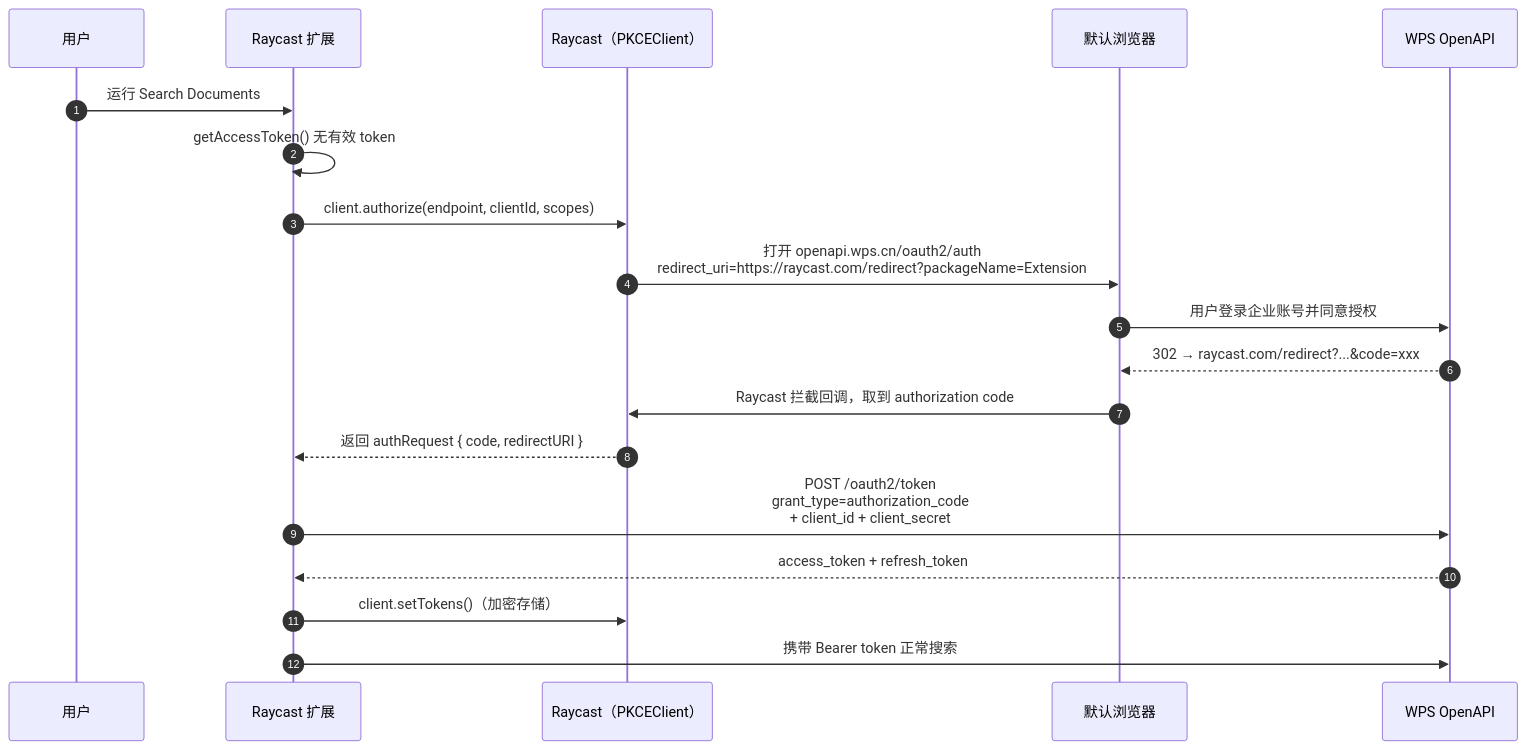
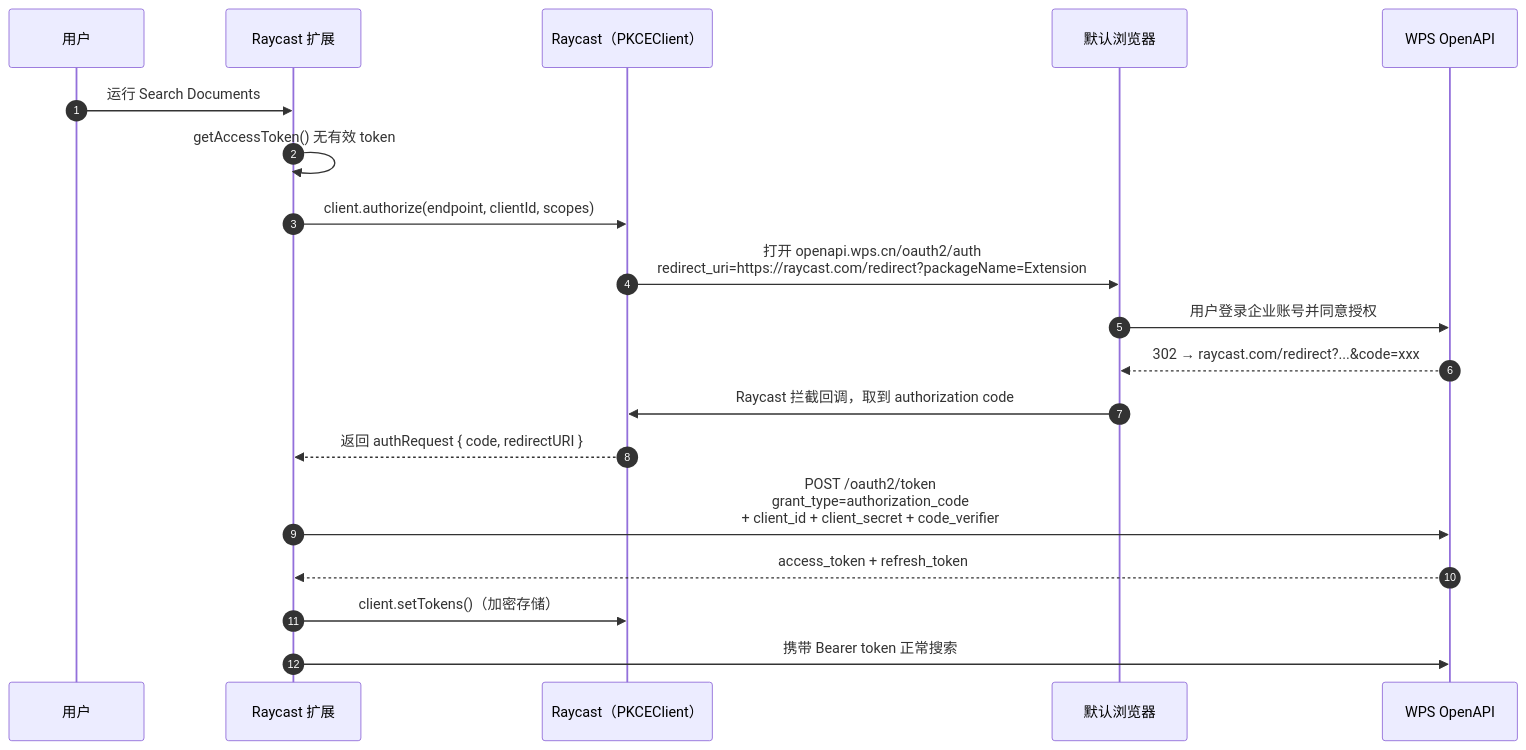
Before and after one commit to wzqwtt/wps-raycast: the first of 2 diagrams in docs/auth-design.md, drawn with Mermaid. The commit also changed other lines of this file, not shown here.

Commit message:
docs: 鉴权文档补充 PKCE code_verifier 踩坑记录

````diff
--- a/docs/auth-design.md
+++ b/docs/auth-design.md
@@ -26,22 +26,22 @@
 ```mermaid
 sequenceDiagram
     autonumber
     participant U as 用户
     participant E as Raycast 扩展
     participant RC as Raycast（PKCEClient）
     participant B as 默认浏览器
     participant W as WPS OpenAPI
 
     U->>E: 运行 Search Documents
     E->>E: getAccessToken() 无有效 token
     E->>RC: client.authorize(endpoint, clientId, scopes)
     RC->>B: 打开 openapi.wps.cn/oauth2/auth<br/>redirect_uri=https://raycast.com/redirect?packageName=Extension
     B->>W: 用户登录企业账号并同意授权
     W-->>B: 302 → raycast.com/redirect?...&code=xxx
     B->>RC: Raycast 拦截回调，取到 authorization code
     RC-->>E: 返回 authRequest { code, redirectURI }
-    E->>W: POST /oauth2/token<br/>grant_type=authorization_code<br/>+ client_id + client_secret
+    E->>W: POST /oauth2/token<br/>grant_type=authorization_code<br/>+ client_id + client_secret + code_verifier
     W-->>E: access_token + refresh_token
     E->>RC: client.setTokens()（加密存储）
     E->>W: 携带 Bearer token 正常搜索
 ```
````
